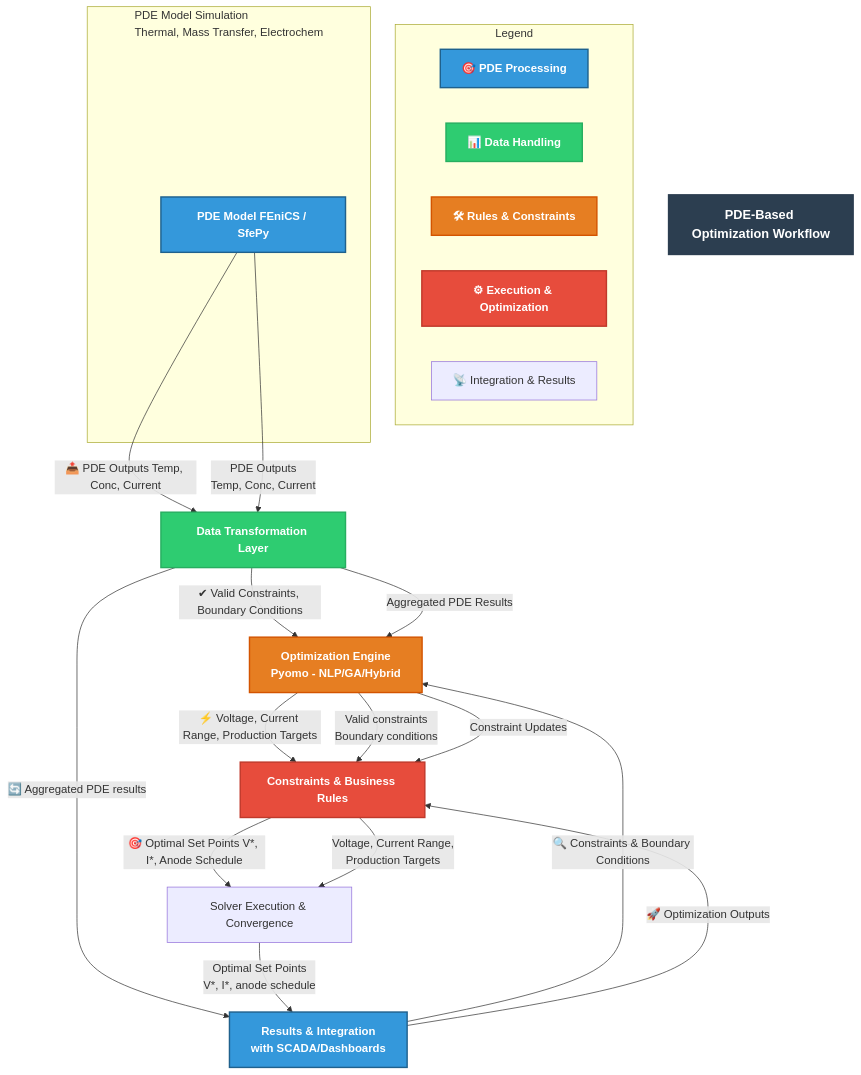
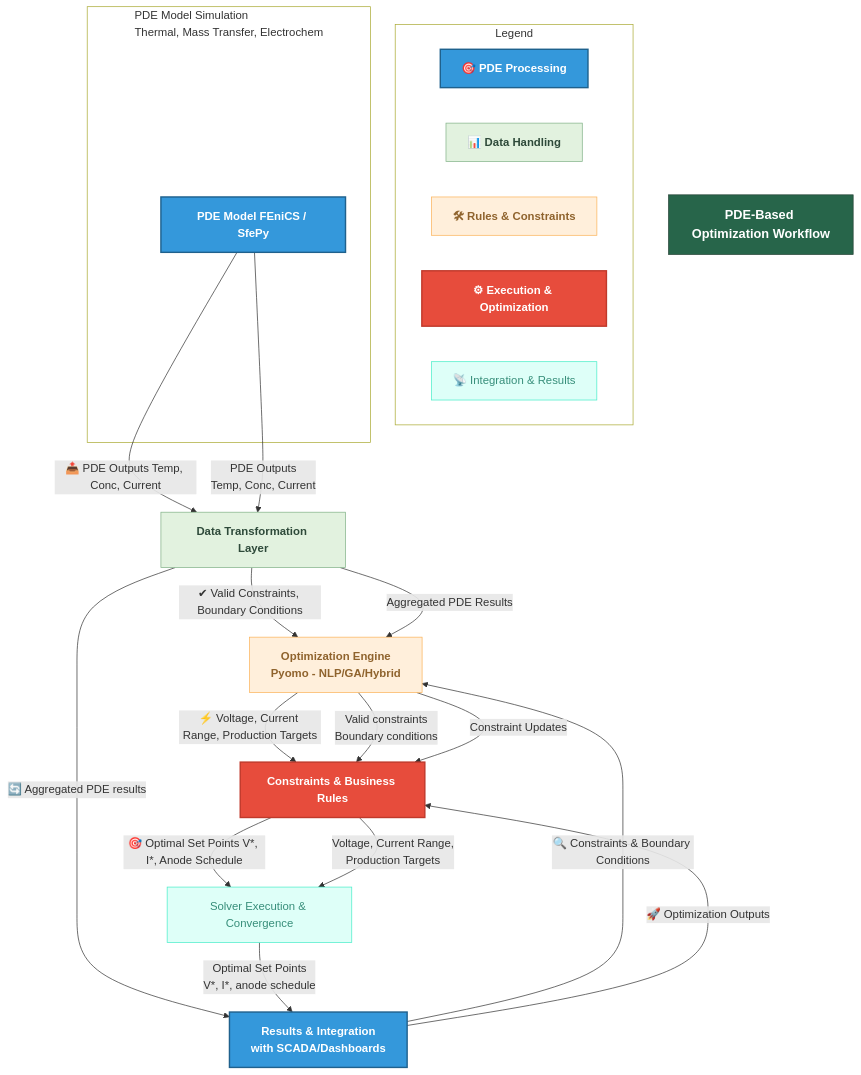
Before and after one commit to suprachakra/Digital-Smelting-Optimization: the first of 2 diagrams in Digital Transformation & Delivery/Mathematical Modeling & Optimization.md, drawn with Mermaid.

Commit message:
Update Mathematical Modeling & Optimization.md

````diff
--- a/Digital Transformation & Delivery/Mathematical Modeling & Optimization.md
+++ b/Digital Transformation & Delivery/Mathematical Modeling & Optimization.md
@@ -98,48 +98,60 @@
 ```mermaid
-
 flowchart TD
  subgraph Legend["Legend"]
         X1["🎯 PDE Processing"]
         X2["📊 Data Handling"]
         X3["🛠 Rules & Constraints"]
         X4["⚙ Execution & Optimization"]
         X5["📡 Integration & Results"]
   end
  subgraph PDE_Sim["PDE Model Simulation<br>Thermal, Mass Transfer, Electrochem"]
         A["PDE Model FEniCS / SfePy"]
   end
     A -- 📤 PDE Outputs Temp, Conc, Current --> B["Data Transformation Layer"]
     B -- ✔ Valid Constraints, Boundary Conditions --> C["Optimization Engine<br> Pyomo - NLP/GA/Hybrid"]
     C -- ⚡ Voltage, Current Range, Production Targets --> D["Constraints & Business Rules"]
     D -- 🎯 Optimal Set Points V*, I*, Anode Schedule --> E["Solver Execution & Convergence"]
     B -- 🔄 Aggregated PDE results --> F["Results &amp; Integration<br>with SCADA/Dashboards"]
     F -- 🔍 Constraints & Boundary Conditions --> C
     F -- 🚀 Optimization Outputs --> D
     A -- PDE Outputs<br> Temp, Conc, Current --> B
     B -- Aggregated PDE Results --> C
     C -- Valid constraints<br>Boundary conditions --> D
     D -- Voltage, Current Range,<br>Production Targets --> E
     E -- Optimal Set Points<br> V*, I*, anode schedule --> F
     C -- Constraint Updates --> D
     T["<b>PDE-Based Optimization Workflow</b>"]
+
      X1:::primary
      X2:::secondary
+     X2:::PastelGreen
      X3:::warning
+     X3:::Peach
      X4:::danger
      X5:::finalstage
+     X5:::Aqua
      A:::primary
      B:::secondary
+     B:::PastelGreen
      C:::warning
+     C:::Peach
      D:::danger
      E:::finalstage
+     E:::Aqua
      F:::primary
      T:::title
+     T:::Pine
     classDef title fill:#2C3E50,stroke:#2C3E50,stroke-width:2px,color:#ffffff,font-size:18px,font-weight:bold
     classDef primary fill:#3498DB,stroke:#1F618D,stroke-width:2px,color:white,font-weight:bold
     classDef secondary fill:#2ECC71,stroke:#27AE60,stroke-width:2px,color:white,font-weight:bold
     classDef warning fill:#E67E22,stroke:#D35400,stroke-width:2px,color:white,font-weight:bold
     classDef danger fill:#E74C3C,stroke:#C0392B,stroke-width:2px,color:white,font-weight:bold
     classDef finalStage fill:#9B59B6,stroke:#8E44AD,stroke-width:2px,color:white,font-weight:bold
     classDef subgraphStyle fill:#34495E,stroke:#2C3E50,stroke-width:2px,color:white,font-size:24px,font-weight:bold
-
+    classDef Aqua stroke-width:1px, stroke-dasharray:none, stroke:#46EDC8, fill:#DEFFF8, color:#378E7A
+    classDef Peach stroke-width:1px, stroke-dasharray:none, stroke:#FBB35A, fill:#FFEFDB, color:#8F632D
+    classDef PastelGreen stroke-width:1px, stroke-dasharray:none, stroke:#82b288, fill:#e2f2df, color:#2e4a3a
+    classDef Pine stroke-width:1px, stroke-dasharray:none, stroke:#254336, fill:#27654A, color:#FFFFFF
+    style PDE_Sim fill:transparent
+    style Legend fill:transparent
 ```
````
